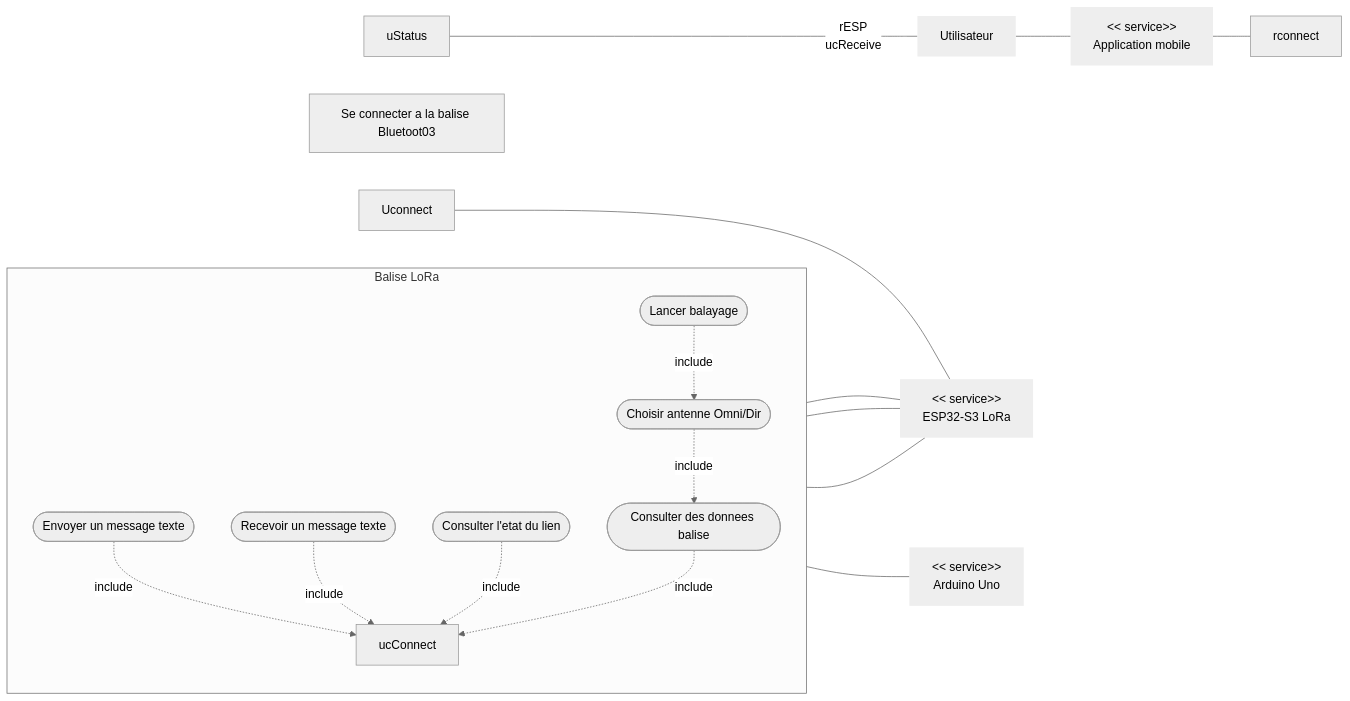
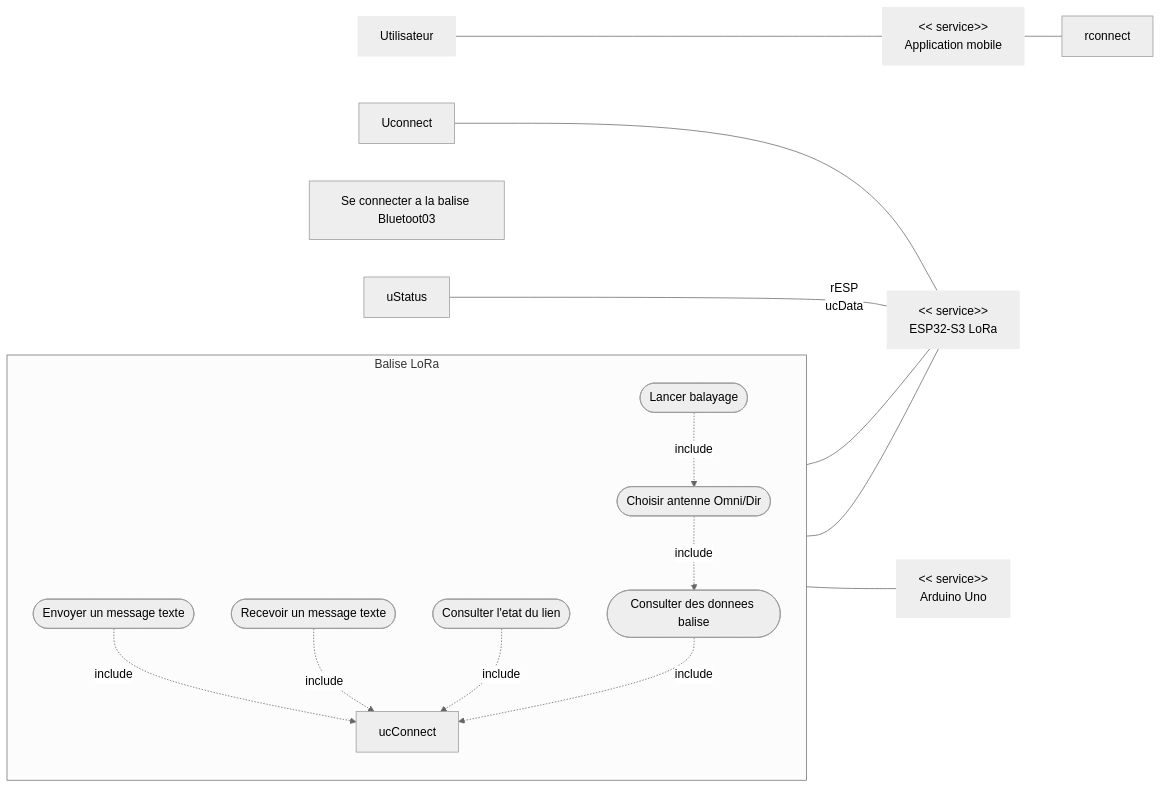
Before and after one commit to SHU445/Projet-LoRa-72h: the first of 7 diagrams in Diagrammes_SysML_Projet_LoRa.md, drawn with Mermaid (neutral theme).

Commit message:
"CorrectUseCase2.4"

````diff
--- a/Diagrammes_SysML_Projet_LoRa.md
+++ b/Diagrammes_SysML_Projet_LoRa.md
@@ -12,40 +12,39 @@
 ```mermaid
 flowchart LR
   rU["Utilisateur"]:::role
   rAPP["<< service>>\nApplication mobile"]:::role
   rESP["<< service>>\nESP32-S3 LoRa"]:::role
   rARD["<< service>>\nArduino Uno"]:::role
   rConnect["Se connecter a la balise Bluetoot03"]
 
   subgraph S["Balise LoRa"]
     direction TB
     ucSend([Envoyer un message texte])
     ucReceive([Recevoir un message texte])
     ucStatus([Consulter l'etat du lien])
     ucData([Consulter des donnees balise])
     ucSelectAntenna([Choisir antenne Omni/Dir])
     ucScan([Lancer balayage])
 
     ucSend -. include .-> ucConnect
     ucReceive -. include .-> ucConnect
     ucStatus -. include .-> ucConnect
     ucData -. include .-> ucConnect
     ucSelectAntenna -. include .-> ucData
     ucScan -. include .-> ucSelectAntenna
   end
 
   rU --- rAPP
   rAPP --- rconnect
   Uconnect --- rESP
 
   ucSend --- rESP
   uStatus --rESP
-  ucReceive --- rU
   ucData --- rESP
   ucSelectAntenna --- rESP
 
 
   ucScan --- rARD
 
   classDef role stroke-width:0px;
 ```
````
